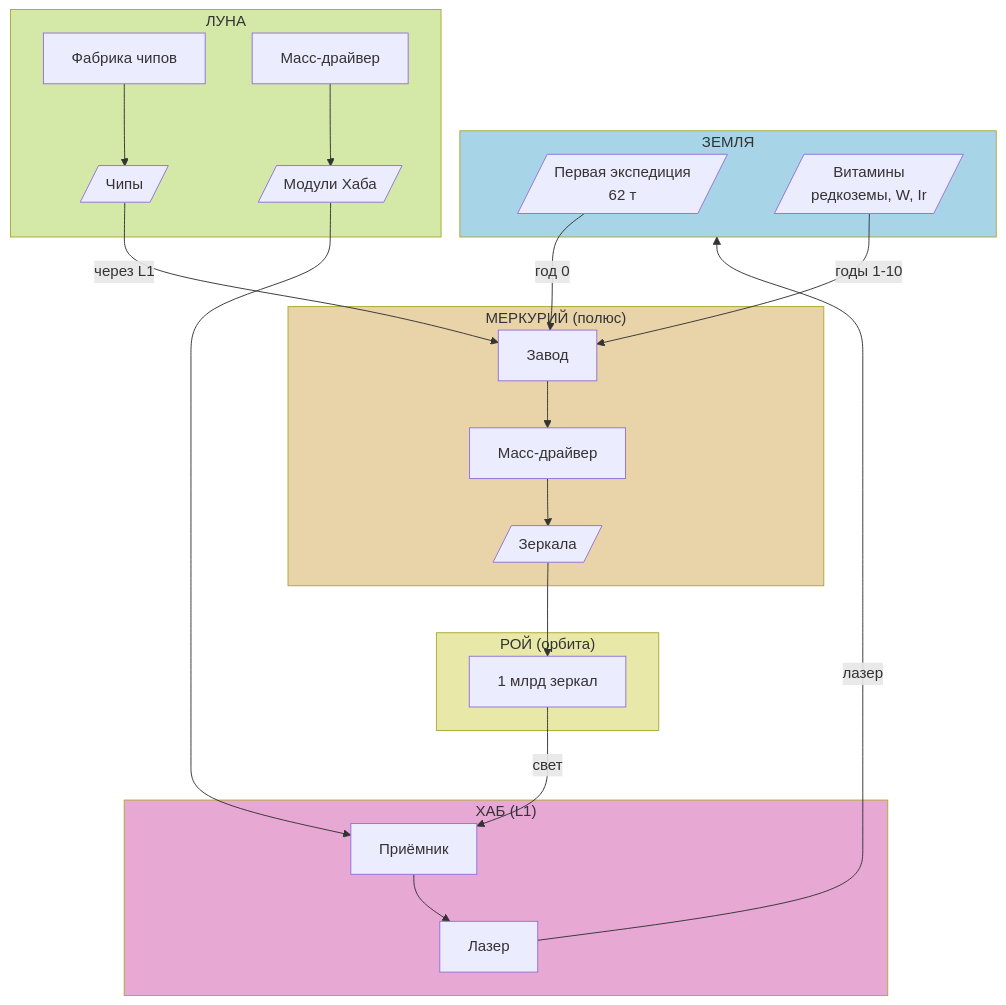
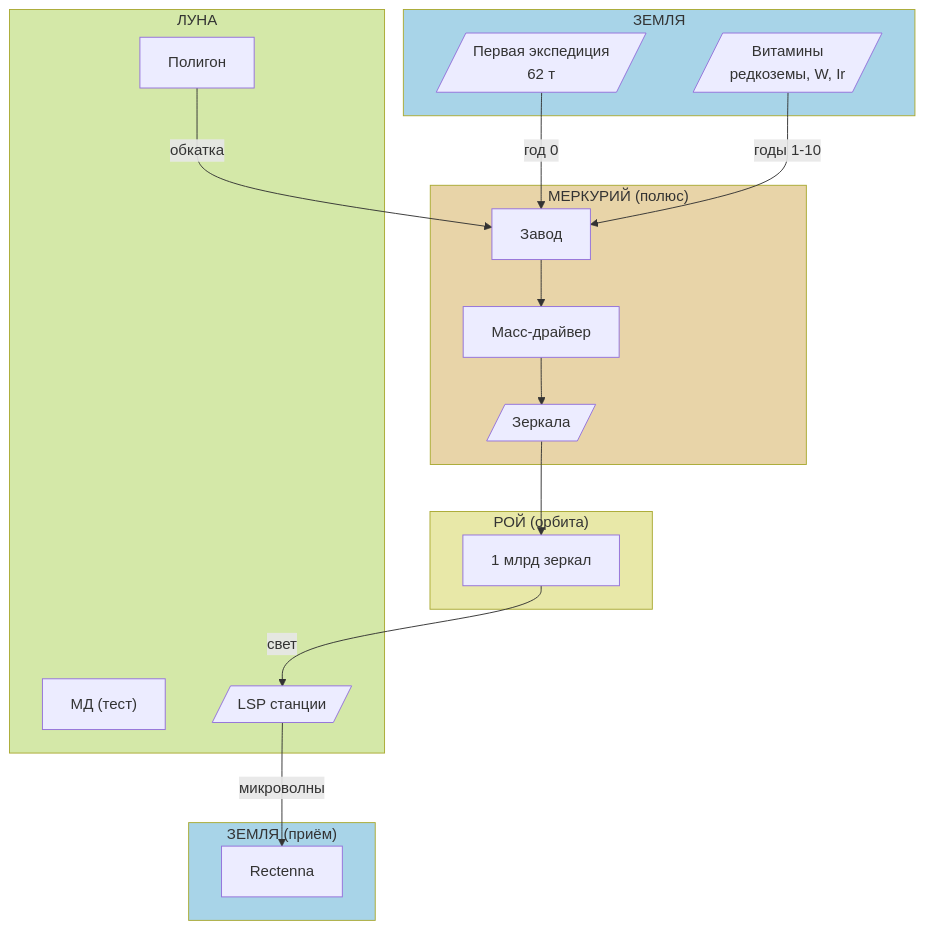
One commit to DmitryNasikanov/infinite-energy changed the fourth of 4 diagrams in ru/science/production.qmd. Above: the diagram before and after it, drawn with Mermaid. The commit also changed other lines of this file and 1 other file, not shown here.

First line of the commit message:
Science: синхронизация данных — Хаб → LSP

````diff
--- a/ru/science/production.qmd
+++ b/ru/science/production.qmd
@@ -1329,49 +1481,43 @@
 ```{mermaid}
 flowchart TD
     subgraph ЗЕМЛЯ["ЗЕМЛЯ"]
         E1[/"Первая экспедиция<br/>62 т"/]
         E2[/"Витамины<br/>редкоземы, W, Ir"/]
     end
 
     subgraph МЕРКУРИЙ["МЕРКУРИЙ (полюс)"]
         M1["Завод"]
         M2["Масс-драйвер"]
         M3[/"Зеркала"/]
     end
 
     subgraph РОЙ["РОЙ (орбита)"]
         R1["1 млрд зеркал"]
     end
 
-    subgraph ХАБ["ХАБ (L1)"]
-        H1["Приёмник"]
-        H2["Лазер"]
+    subgraph ЛУНА["ЛУНА"]
+        L1["Полигон"]
+        L2["МД (тест)"]
+        L3[/"LSP станции"/]
     end
 
-    subgraph ЛУНА["ЛУНА"]
-        L1["Фабрика чипов"]
-        L2["Масс-драйвер"]
-        L3[/"Чипы"/]
-        L4[/"Модули Хаба"/]
+    subgraph ЗЕМЛЯ2["ЗЕМЛЯ (приём)"]
+        H1["Rectenna"]
     end
 
     E1 -->|"год 0"| M1
     E2 -->|"годы 1-10"| M1
     M1 --> M2
     M2 --> M3
     M3 --> R1
-    R1 -->|"свет"| H1
-    H1 --> H2
-    H2 -->|"лазер"| ЗЕМЛЯ
+    R1 -->|"свет"| L3
+    L3 -->|"микроволны"| H1
 
-    L1 --> L3
-    L3 -->|"через L1"| M1
-    L2 --> L4
-    L4 --> H1
+    L1 -->|"обкатка"| M1
 
     style ЗЕМЛЯ fill:#a8d4e8
+    style ЗЕМЛЯ2 fill:#a8d4e8
     style МЕРКУРИЙ fill:#e8d4a8
     style РОЙ fill:#e8e8a8
-    style ХАБ fill:#e8a8d4
     style ЛУНА fill:#d4e8a8
 ```
````
